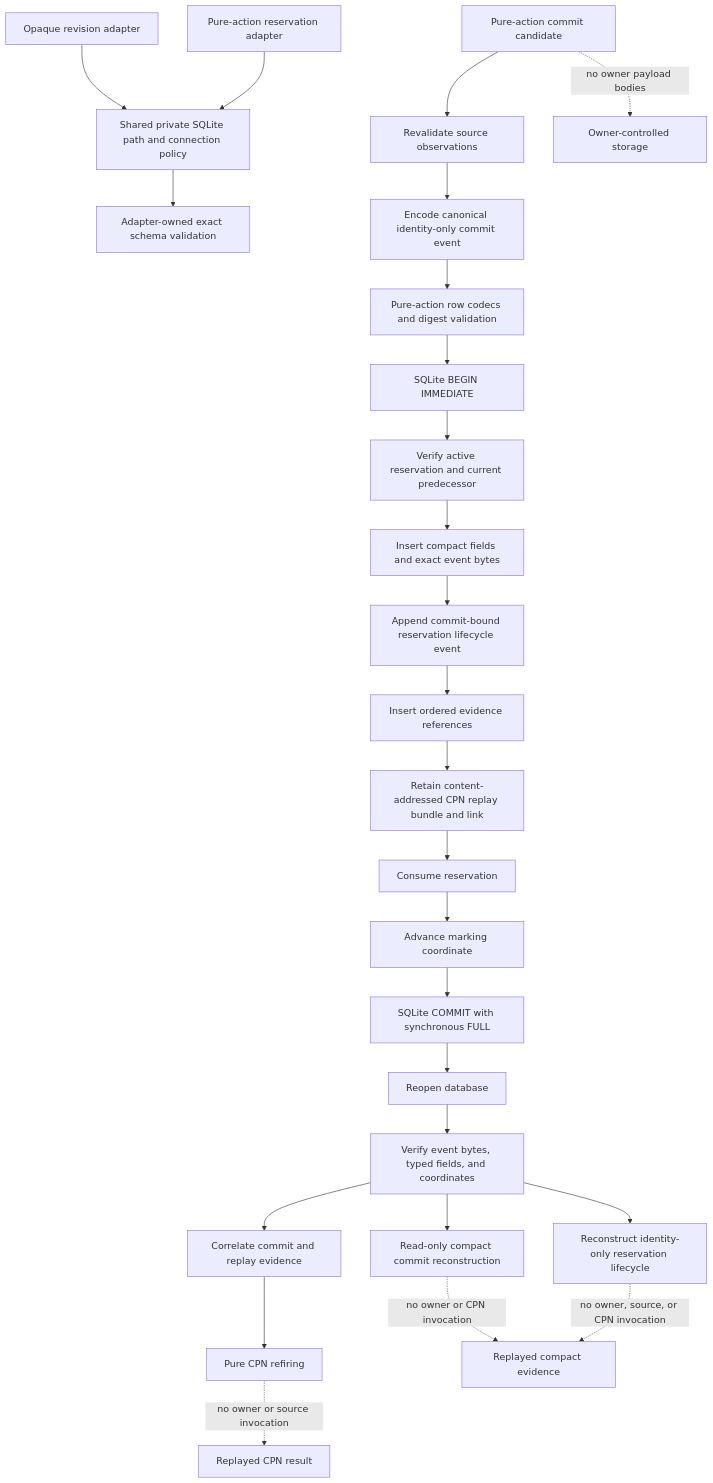
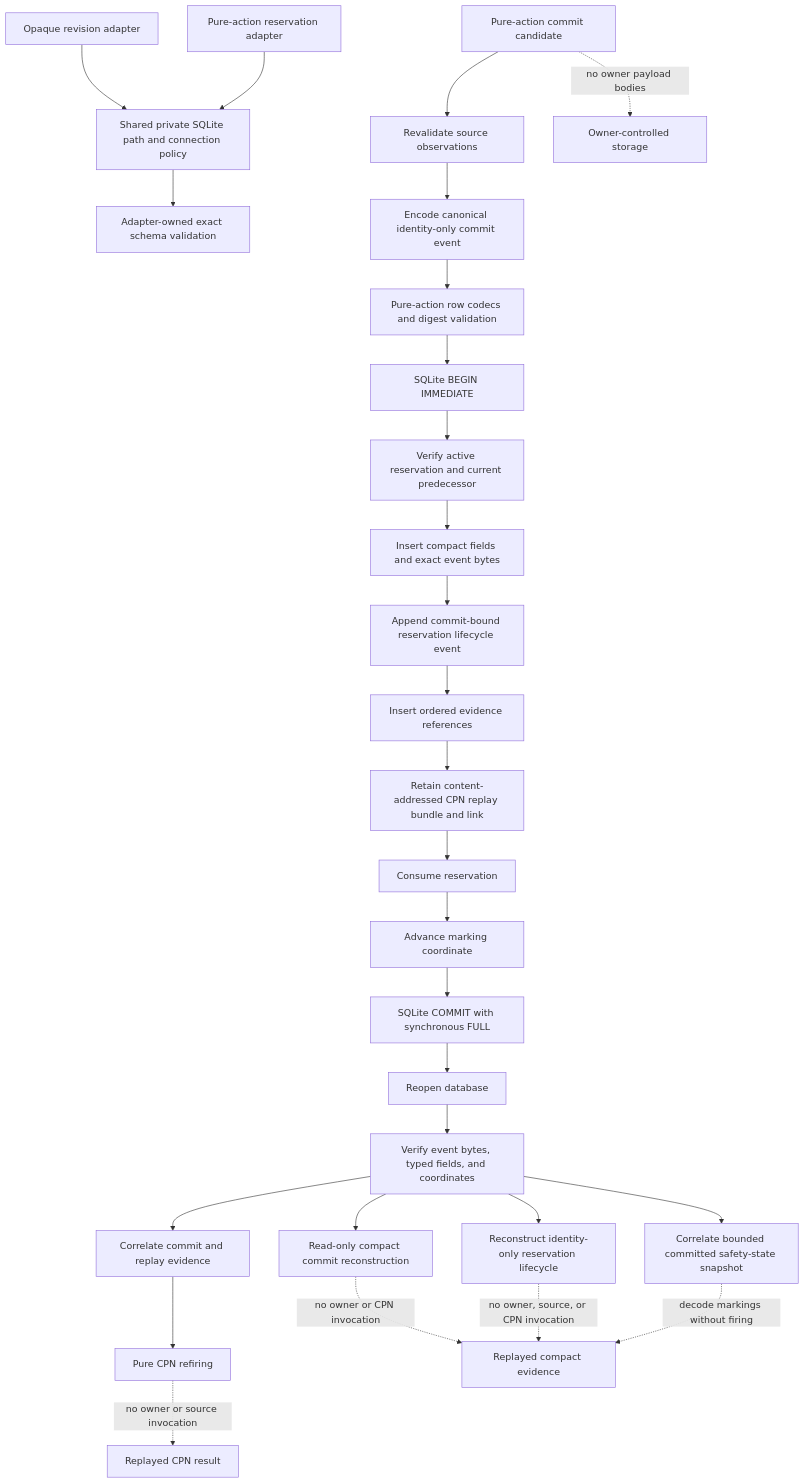
Before and after one commit to eragasa/projectkoios-workflow: the diagram in docs/architecture/projectkoios/workflow/persistence/schematic.md, drawn with Mermaid. The commit also changed 8 other files, not shown here.

Commit message:
feat: add committed safety-state replay

````diff
--- a/docs/architecture/projectkoios/workflow/persistence/schematic.md
+++ b/docs/architecture/projectkoios/workflow/persistence/schematic.md
@@ -5,32 +5,34 @@
 ```mermaid
 flowchart TD
     Private[Shared private SQLite path and connection policy]
     Revision[Opaque revision adapter] --> Private
     Pure[Pure-action reservation adapter] --> Private
     Private --> Schema[Adapter-owned exact schema validation]
 
     Command[Pure-action commit candidate] --> Revalidate[Revalidate source observations]
     Revalidate --> Encode[Encode canonical identity-only commit event]
     Encode --> Rows[Pure-action row codecs and digest validation]
     Rows --> Tx[SQLite BEGIN IMMEDIATE]
     Tx --> Check[Verify active reservation and current predecessor]
     Check --> Commit[Insert compact fields and exact event bytes]
     Commit --> Lifecycle[Append commit-bound reservation lifecycle event]
     Lifecycle --> References[Insert ordered evidence references]
     References --> Bundle[Retain content-addressed CPN replay bundle and link]
     Bundle --> Consume[Consume reservation]
     Consume --> Advance[Advance marking coordinate]
     Advance --> Durable[SQLite COMMIT with synchronous FULL]
 
     Durable --> Reopen[Reopen database]
     Reopen --> Inspect[Verify event bytes, typed fields, and coordinates]
     Inspect --> Replay[Read-only compact commit reconstruction]
     Inspect --> History[Reconstruct identity-only reservation lifecycle]
+    Inspect --> Safety[Correlate bounded committed safety-state snapshot]
     Inspect --> Correlate[Correlate commit and replay evidence]
     Correlate --> Refire[Pure CPN refiring]
 
     Command -. no owner payload bodies .-> Outside[Owner-controlled storage]
     Replay -. no owner or CPN invocation .-> Done[Replayed compact evidence]
     History -. no owner, source, or CPN invocation .-> Done
+    Safety -. decode markings without firing .-> Done
     Refire -. no owner or source invocation .-> CpnDone[Replayed CPN result]
 ```
````
